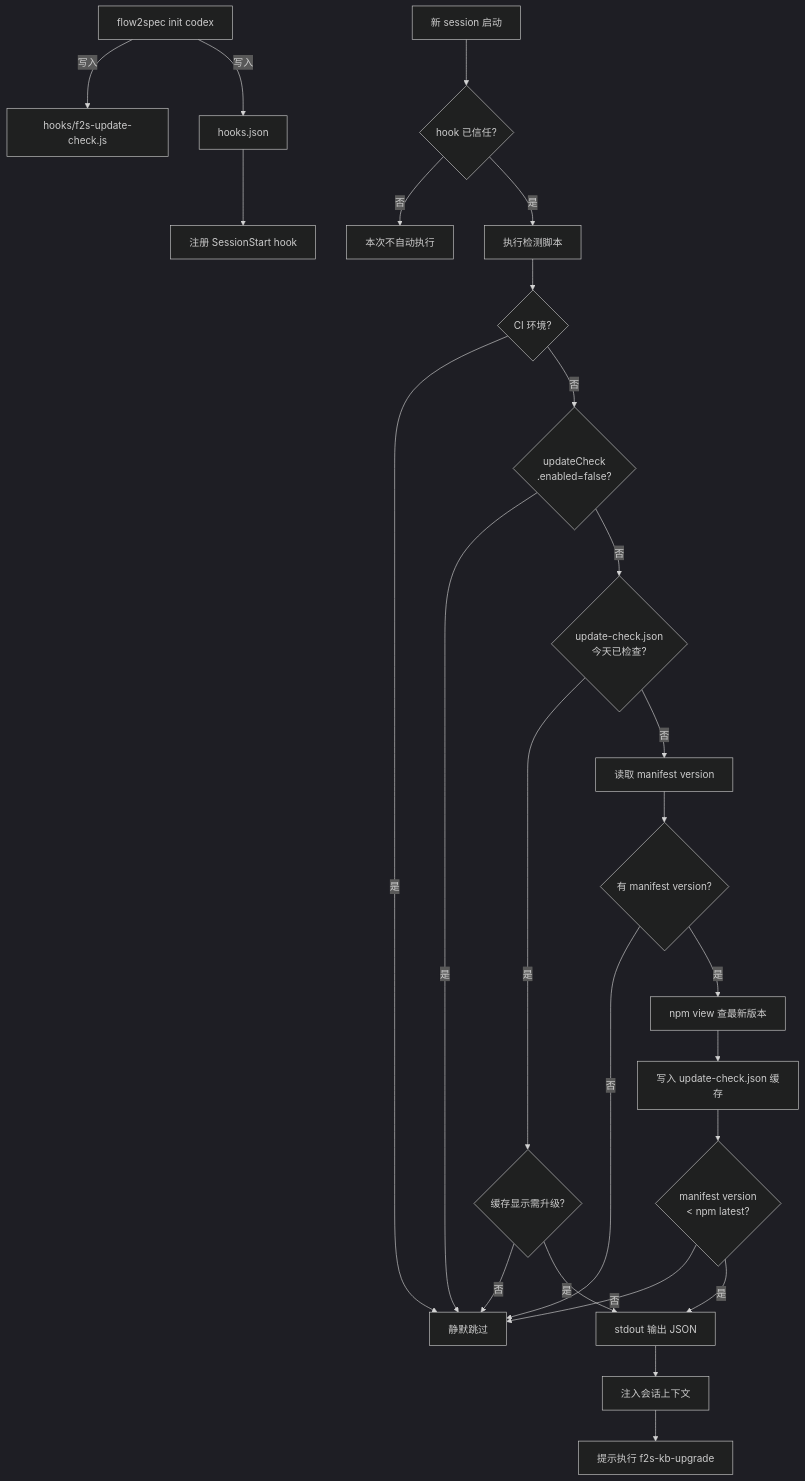
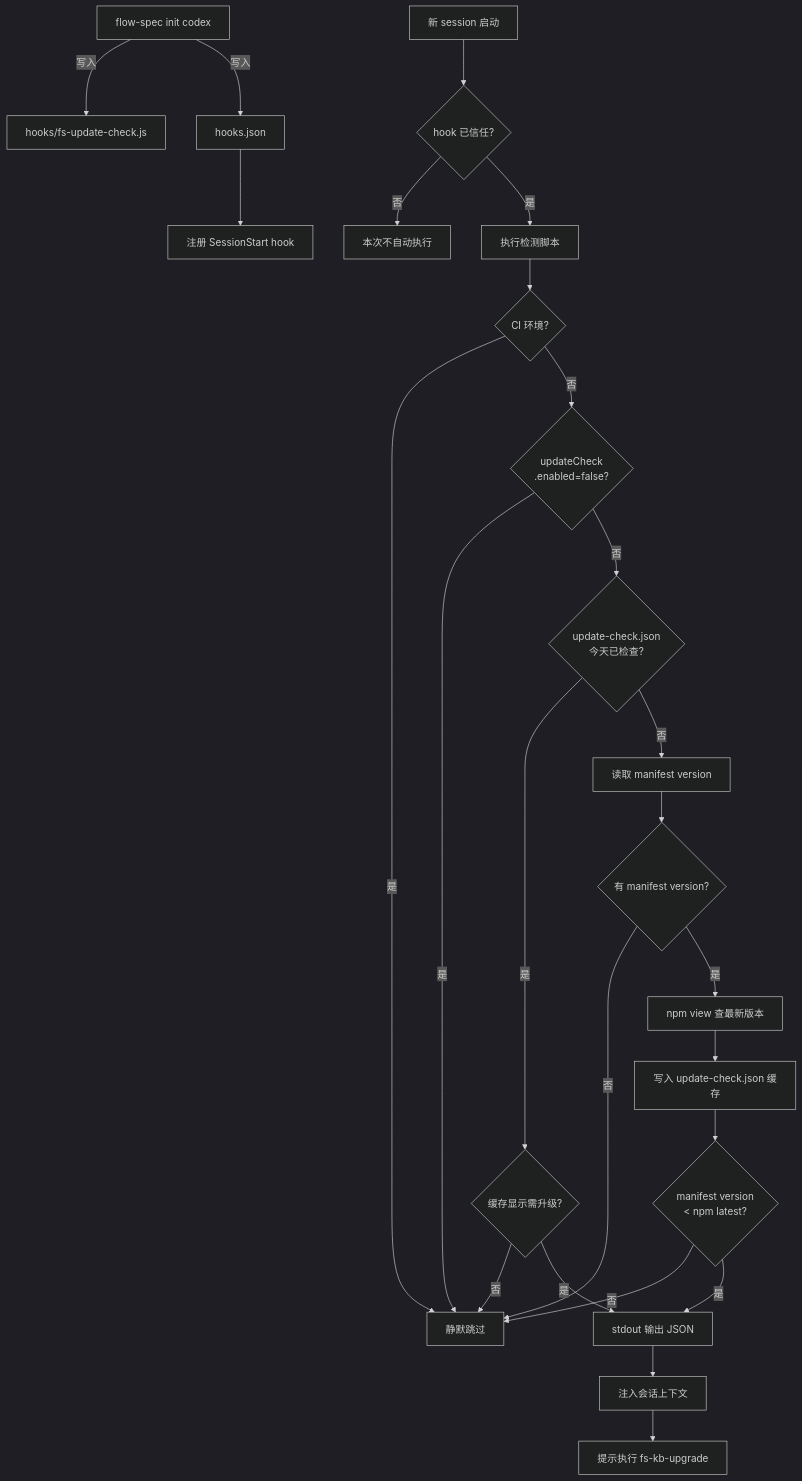
Before and after one commit to double-coding-lab/Flow2Spec: the seventh of 10 diagrams in docs/设计说明.md, drawn with Mermaid (dark theme). The commit also changed other lines of this file and 543 other files, not shown here.

Commit message:
♻️ refactor: 统一 flow-spec 命名与知识库路径

````diff
--- a/docs/设计说明.md
+++ b/docs/设计说明.md
@@ -338,32 +338,32 @@
 ```mermaid
 graph TD
-    A["flow2spec init codex"] -->|写入| B["hooks/f2s-update-check.js"]
+    A["flow-spec init codex"] -->|写入| B["hooks/fs-update-check.js"]
     A -->|写入| C["hooks.json"]
     C --> D["注册 SessionStart hook"]
 
     G["新 session 启动"] --> H{hook 已信任?}
     H -->|否| H2["本次不自动执行"]
     H -->|是| F["执行检测脚本"]
 
     F --> I{CI 环境?}
     I -->|是| Z["静默跳过"]
     I -->|否| J{"updateCheck\n.enabled=false?"}
     J -->|是| Z
     J -->|否| K{"update-check.json\n今天已检查?"}
 
     K -->|是| K1{缓存显示需升级?}
     K1 -->|否| Z
     K1 -->|是| Q
     K -->|否| L["读取 manifest version"]
 
     L --> M{有 manifest version?}
     M -->|否| Z
     M -->|是| N["npm view 查最新版本"]
     N --> O["写入 update-check.json 缓存"]
     O --> P{"manifest version\n< npm latest?"}
     P -->|否| Z
     P -->|是| Q["stdout 输出 JSON"]
 
     Q --> S["注入会话上下文"]
-    S --> T["提示执行 f2s-kb-upgrade"]
+    S --> T["提示执行 fs-kb-upgrade"]
 ```
````
